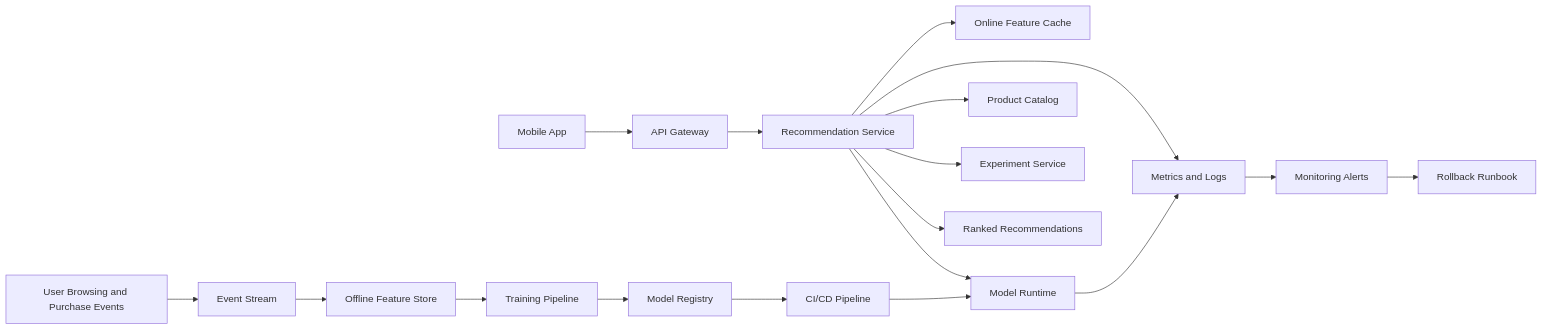
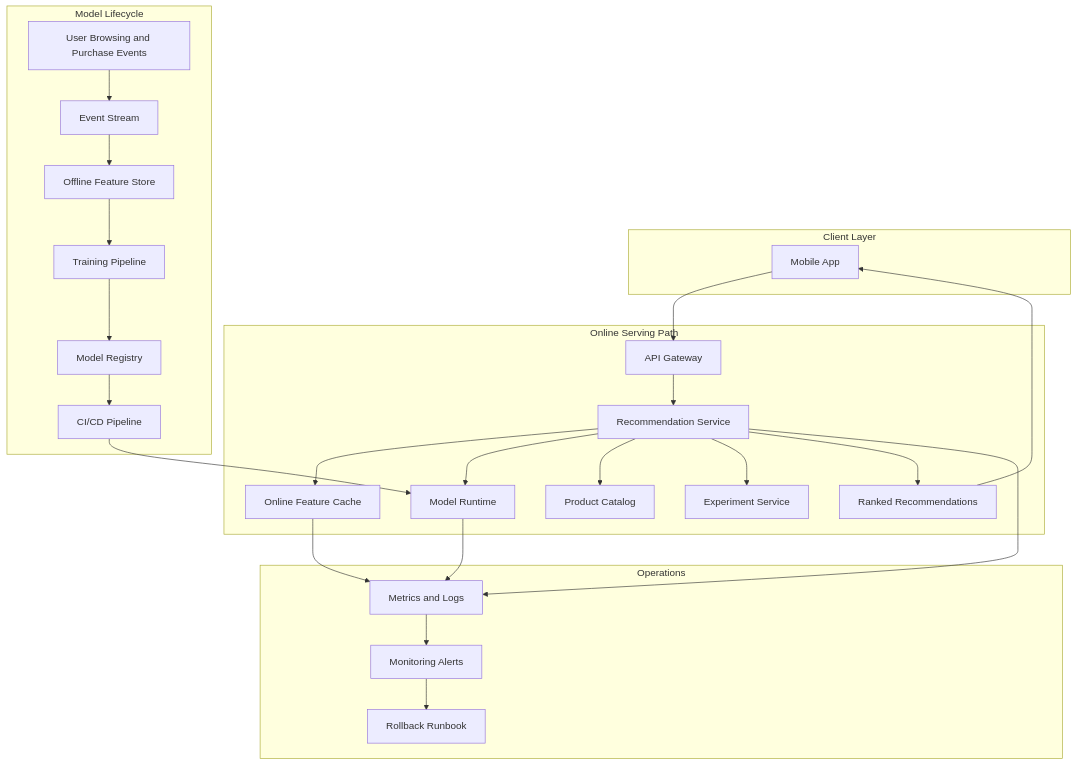
One commit to KamalMusayev/m7-07-assessment changed the diagram in README.md. Above: the diagram before and after it, drawn with Mermaid. The commit also changed other lines of this file, not shown here.

Commit message:
Update README diagram and navigation

````diff
--- a/README.md
+++ b/README.md
@@ -14,24 +14,46 @@
 ```mermaid
-flowchart LR
-    Mobile[Mobile App] --> Gateway[API Gateway]
-    Gateway --> RecService[Recommendation Service]
+flowchart TB
+    subgraph Client["Client Layer"]
+        A[Mobile App]
+    end
 
-    RecService --> FeatureCache[Online Feature Cache]
-    RecService --> ModelRuntime[Model Runtime]
-    RecService --> Catalog[Product Catalog]
-    RecService --> Experiment[Experiment Service]
+    subgraph Serving["Online Serving Path"]
+        B[API Gateway]
+        C[Recommendation Service]
+        D[Online Feature Cache]
+        E[Model Runtime]
+        F[Product Catalog]
+        G[Experiment Service]
+        H[Ranked Recommendations]
+    end
 
-    RecService --> Response[Ranked Recommendations]
+    subgraph ML["Model Lifecycle"]
+        I[User Browsing and Purchase Events]
+        J[Event Stream]
+        K[Offline Feature Store]
+        L[Training Pipeline]
+        M[Model Registry]
+        N[CI/CD Pipeline]
+    end
 
-    MobileEvents[User Browsing and Purchase Events] --> Stream[Event Stream]
-    Stream --> OfflineStore[Offline Feature Store]
-    OfflineStore --> Training[Training Pipeline]
-    Training --> Registry[Model Registry]
-    Registry --> CICD[CI/CD Pipeline]
-    CICD --> ModelRuntime
+    subgraph Ops["Operations"]
+        O[Metrics and Logs]
+        P[Monitoring Alerts]
+        Q[Rollback Runbook]
+    end
 
-    RecService --> Metrics[Metrics and Logs]
-    ModelRuntime --> Metrics
-    Metrics --> Alerts[Monitoring Alerts]
-    Alerts --> Runbook[Rollback Runbook]
+    A --> B --> C
+    C --> D
+    C --> E
+    C --> F
+    C --> G
+    C --> H
+    H --> A
+
+    I --> J --> K --> L --> M --> N --> E
+
+    C --> O
+    E --> O
+    D --> O
+    O --> P --> Q
 ```
````
